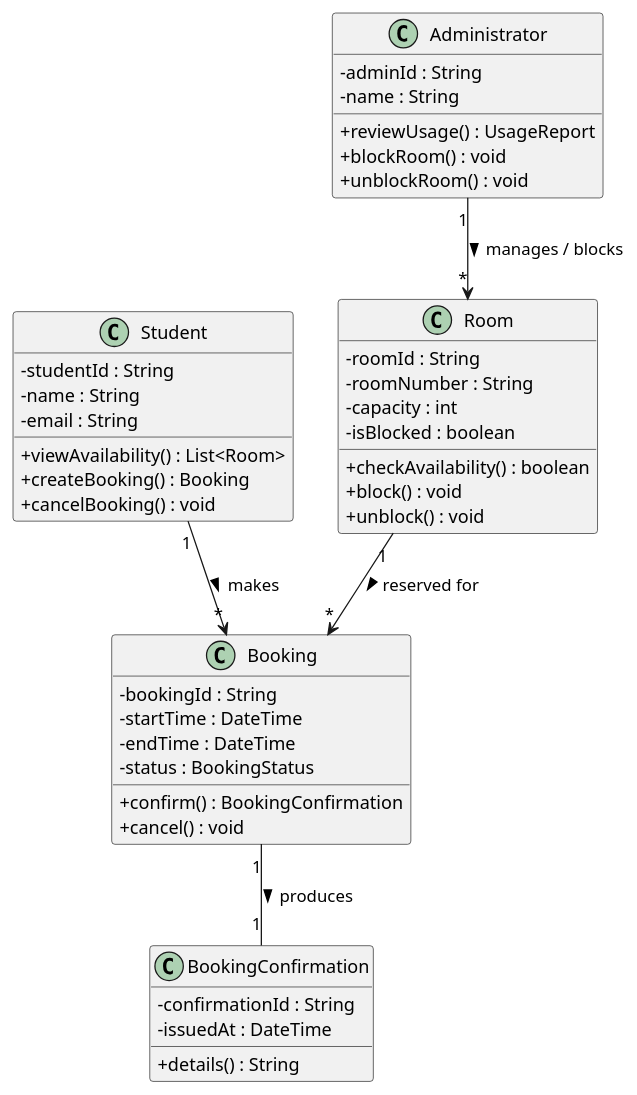
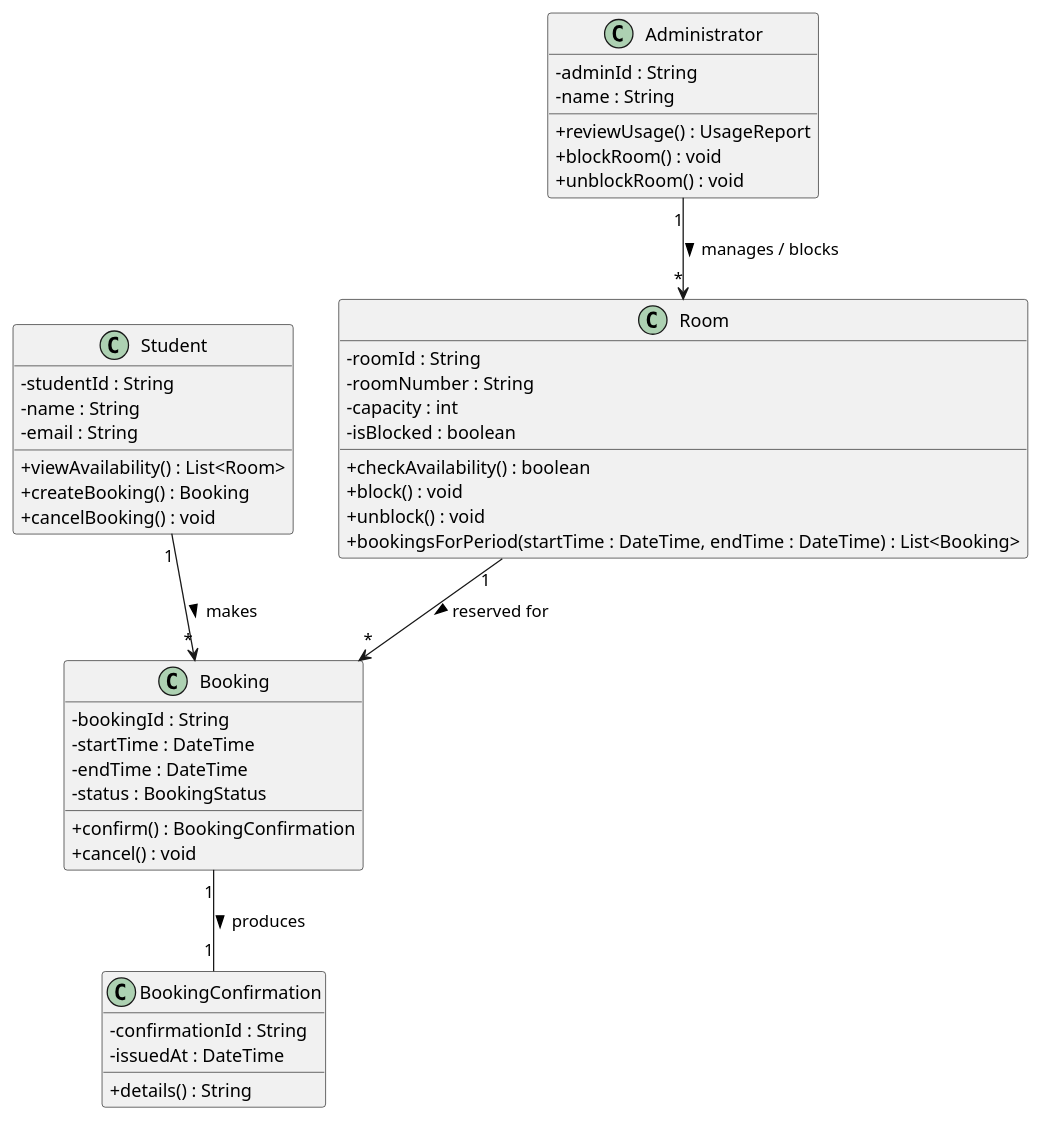
One commit to ernarrchiik/se-practice changed the diagram in week-04/models/original/class.puml. Above: the diagram before and after it, drawn with PlantUML. The commit also changed 5 other files, not shown here.

```diff
--- a/week-04/models/original/class.puml
+++ b/week-04/models/original/class.puml
@@ -1,51 +1,52 @@
 @startuml
 skinparam classAttributeIconSize 0
 
 class Student {
   - studentId : String
   - name : String
   - email : String
   + viewAvailability() : List<Room>
   + createBooking() : Booking
   + cancelBooking() : void
 }
 
 class Room {
   - roomId : String
   - roomNumber : String
   - capacity : int
   - isBlocked : boolean
   + checkAvailability() : boolean
   + block() : void
   + unblock() : void
+  + bookingsForPeriod(startTime : DateTime, endTime : DateTime) : List<Booking>
 }
 
 class Booking {
   - bookingId : String
   - startTime : DateTime
   - endTime : DateTime
   - status : BookingStatus
   + confirm() : BookingConfirmation
   + cancel() : void
 }
 
 class Administrator {
   - adminId : String
   - name : String
   + reviewUsage() : UsageReport
   + blockRoom() : void
   + unblockRoom() : void
 }
 
 class BookingConfirmation {
   - confirmationId : String
   - issuedAt : DateTime
   + details() : String
 }
 
 Student "1" --> "*" Booking : makes >
 Room "1" --> "*" Booking : reserved for >
 Administrator "1" --> "*" Room : manages / blocks >
 Booking "1" -- "1" BookingConfirmation : produces >
 
 @enduml
```
